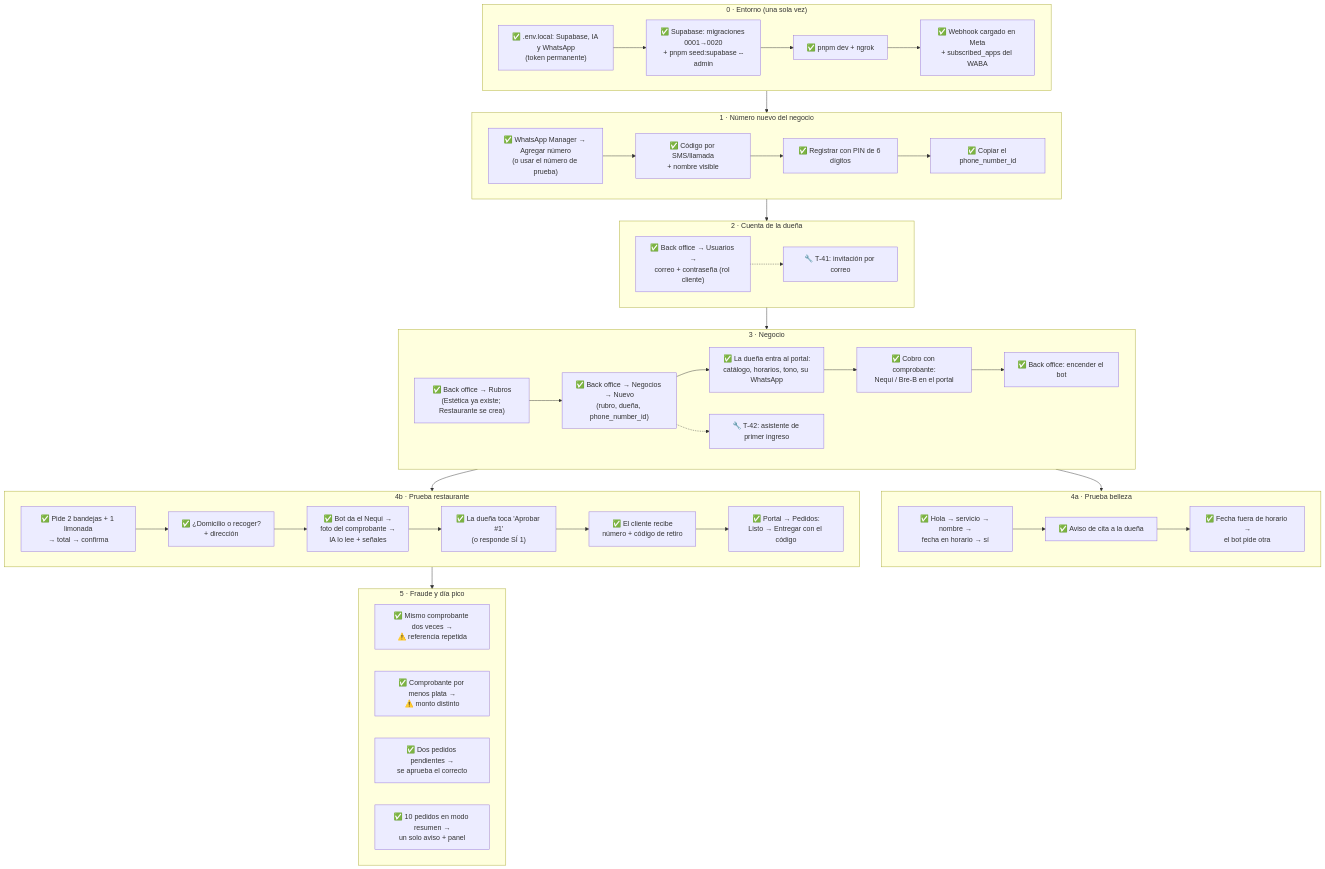
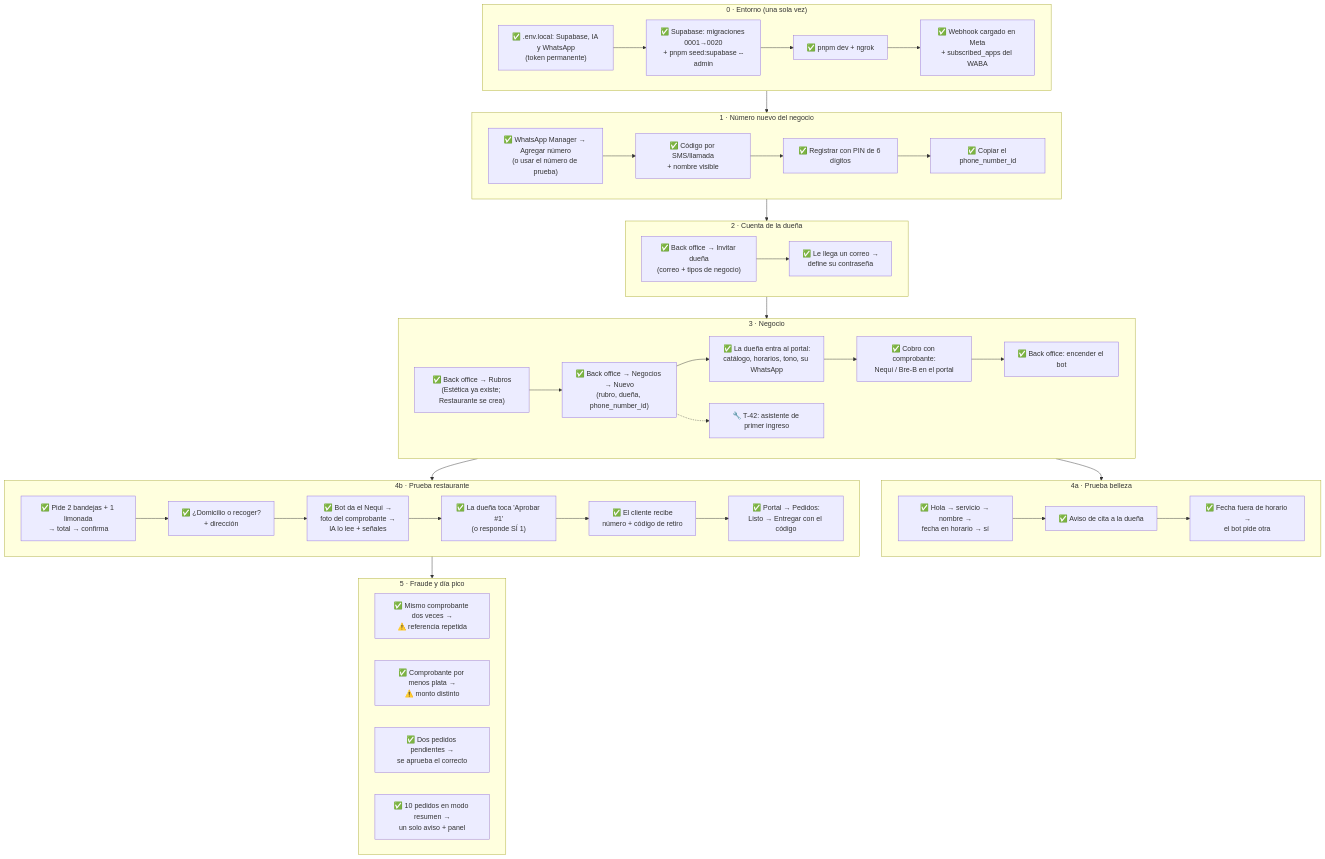
Before and after one commit to daniell41-dev/client-automation-bot: the diagram in docs/17-prueba-local.md, drawn with Mermaid. The commit also changed other lines of this file and 13 other files, not shown here.

First line of the commit message:
feat(T-41): invitación por correo y "olvidé mi contraseña"

````diff
--- a/docs/17-prueba-local.md
+++ b/docs/17-prueba-local.md
@@ -18,54 +18,54 @@
 ```mermaid
 flowchart TD
   subgraph E["0 · Entorno (una sola vez)"]
     E1["✅ .env.local: Supabase, IA y WhatsApp<br/>(token permanente)"] --> E2["✅ Supabase: migraciones 0001→0020<br/>+ pnpm seed:supabase --admin"]
     E2 --> E3["✅ pnpm dev + ngrok"]
     E3 --> E4["✅ Webhook cargado en Meta<br/>+ subscribed_apps del WABA"]
   end
 
   subgraph T["1 · Número nuevo del negocio"]
     T1["✅ WhatsApp Manager → Agregar número<br/>(o usar el número de prueba)"] --> T2["✅ Código por SMS/llamada<br/>+ nombre visible"]
     T2 --> T3["✅ Registrar con PIN de 6 dígitos"]
     T3 --> T4["✅ Copiar el phone_number_id"]
   end
 
   subgraph U["2 · Cuenta de la dueña"]
-    U1["✅ Back office → Usuarios →<br/>correo + contraseña (rol cliente)"]
-    U2["🔧 T-41: invitación por correo"]
-    U1 -.-> U2
+    U1["✅ Back office → Invitar dueña<br/>(correo + tipos de negocio)"]
+    U2["✅ Le llega un correo →<br/>define su contraseña"]
+    U1 --> U2
   end
 
   subgraph N["3 · Negocio"]
     N0["✅ Back office → Rubros<br/>(Estética ya existe; Restaurante se crea)"] --> N1["✅ Back office → Negocios → Nuevo<br/>(rubro, dueña, phone_number_id)"]
     N1 --> N2["✅ La dueña entra al portal:<br/>catálogo, horarios, tono, su WhatsApp"]
     N2 --> N3["✅ Cobro con comprobante:<br/>Nequi / Bre-B en el portal"]
     N3 --> N5["✅ Back office: encender el bot"]
     N4["🔧 T-42: asistente de primer ingreso"]
     N1 -.-> N4
   end
 
   subgraph B["4a · Prueba belleza"]
     B1["✅ Hola → servicio → nombre →<br/>fecha en horario → sí"] --> B2["✅ Aviso de cita a la dueña"]
     B2 --> B3["✅ Fecha fuera de horario →<br/>el bot pide otra"]
   end
 
   subgraph R["4b · Prueba restaurante"]
     R1["✅ Pide 2 bandejas + 1 limonada<br/>→ total → confirma"] --> R2["✅ ¿Domicilio o recoger?<br/>+ dirección"]
     R2 --> R3["✅ Bot da el Nequi →<br/>foto del comprobante →<br/>IA lo lee + señales"]
     R3 --> R4["✅ La dueña toca 'Aprobar #1'<br/>(o responde SÍ 1)"]
     R4 --> R5["✅ El cliente recibe<br/>número + código de retiro"]
     R5 --> R6["✅ Portal → Pedidos:<br/>Listo → Entregar con el código"]
   end
 
   subgraph F["5 · Fraude y día pico"]
     F1["✅ Mismo comprobante dos veces →<br/>⚠️ referencia repetida"]
     F2["✅ Comprobante por menos plata →<br/>⚠️ monto distinto"]
     F3["✅ Dos pedidos pendientes →<br/>se aprueba el correcto"]
     F4["✅ 10 pedidos en modo resumen →<br/>un solo aviso + panel"]
   end
 
   E --> T --> U --> N
   N --> B
   N --> R
   R --> F
 ```
````
